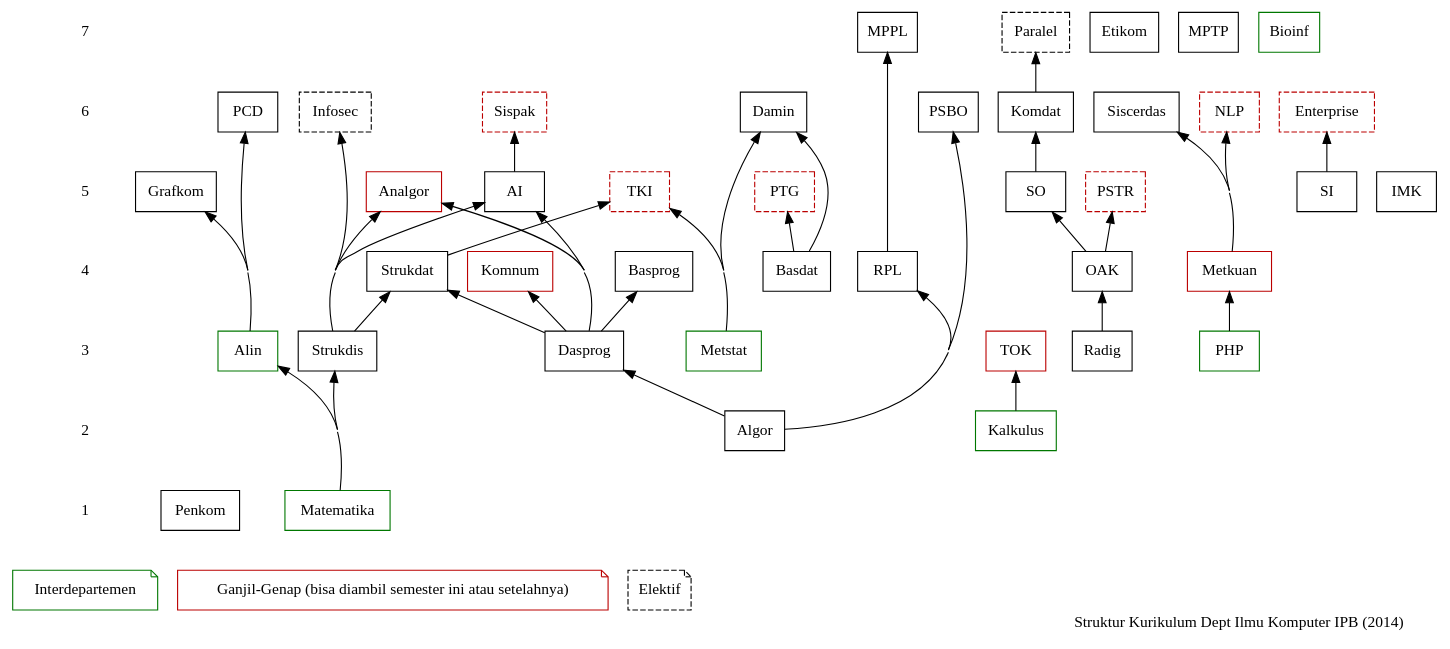
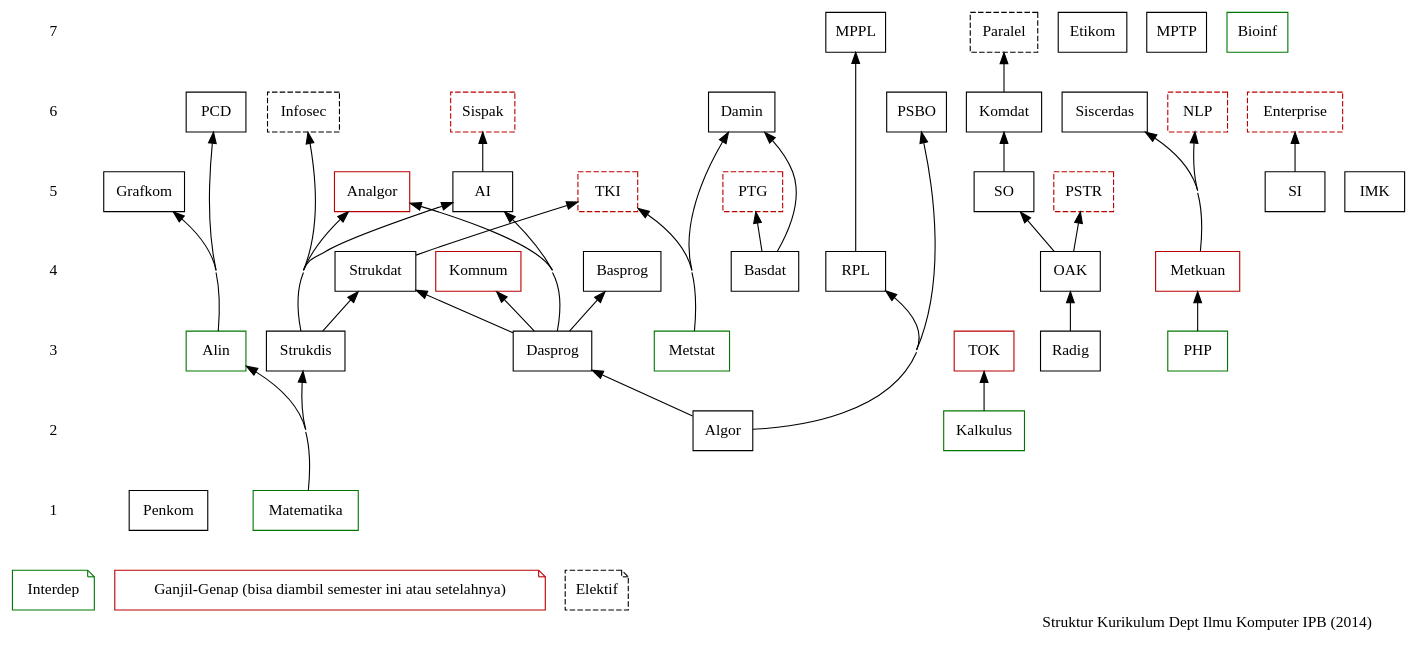
The diagram in mk2014.dot (auriza/s1kom), drawn with Graphviz before and after one commit. The commit also changed 5 other files, not shown here.

Commit message:
interdepartemen --> interdep

```diff
--- a/mk2014.dot
+++ b/mk2014.dot
@@ -1,73 +1,73 @@
 digraph kom2014
 {
     node [shape="box"; fontname="Fira Sans"]
     edge [dir="back"]
     concentrate="true"
 
     # semester
     subgraph sem {
         node [shape="plaintext"]
         edge [style="invis"]
         7 -> 6 -> 5 -> 4 -> 3 -> 2 -> 1
     }
 
     # mayor
     {rank="same" 1 Penkom Matematika}
     {rank="same" 2 Algor Kalkulus}
     {rank="same" 3 Dasprog Alin Strukdis Radig Metstat PHP TOK}
     {rank="same" 4 Basprog Strukdat RPL OAK Basdat Metkuan Komnum}
     {rank="same" 5 AI Grafkom SO SI IMK Analgor}
     {rank="same" 6 PCD PSBO Komdat Damin Siscerdas}
     {rank="same" 7 Etikom MPTP MPPL Bioinf}
     Dasprog -> Algor
     Alin -> Matematika
     Strukdis -> Matematika
     TOK -> Kalkulus
     Basprog -> Dasprog
     OAK -> Radig
     Strukdat -> {Dasprog Strukdis}
     RPL -> Algor
     Komnum -> Dasprog
     Metkuan -> PHP
     AI -> {Dasprog Strukdis}        // -> Strukdat ?
     Grafkom -> Alin
     SO -> OAK
     Analgor -> {Dasprog Strukdis}   // -> Strukdat ?
     Komdat -> SO
     Siscerdas -> Metkuan
     PCD -> Alin
     Damin -> {Basdat Metstat}
     PSBO -> Algor
     MPPL -> RPL
 
     #interdep
     Matematika, Kalkulus, Metstat, Alin, PHP, Bioinf [color="#007700"]
 
     # elektif
     PSTR, PTG, TKI, Infosec, Sispak, Enterprise, NLP, Paralel [style="dashed"]
     {rank="same" 5 PSTR, PTG, TKI}
     {rank="same" 6 Infosec, Sispak, Enterprise, NLP}
     {rank="same" 7 Paralel}
     PSTR -> OAK
     PTG -> Basdat
     TKI -> {Metstat Strukdat}
     Infosec -> Strukdis
     Sispak -> AI
     Enterprise -> SI
     NLP -> Metkuan
     Paralel -> Komdat
 
     # ganjil-genap
     TOK, Metkuan, Komnum, Analgor, PSTR, PTG, TKI, Sispak, Enterprise, NLP [color="#bb0000"]
 
     # keterangan
     {rank="sink" interdep ganjilgenap elektif}
-    interdep [shape="note"; color="#007700"; label="Interdepartemen"]
+    interdep [shape="note"; color="#007700"; label="Interdep"]
     ganjilgenap [shape="note"; color="#bb0000"; label="Ganjil-Genap (bisa diambil semester ini atau setelahnya)";]
     elektif [shape="note"; style="dashed"; label="Elektif"]
 
     # title
     label="Struktur Kurikulum Dept Ilmu Komputer IPB (2014)"
     labeljust="r"
     fontname="Fira Sans"
 }
```
